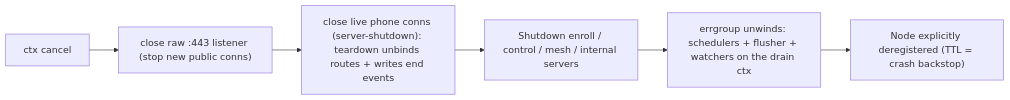
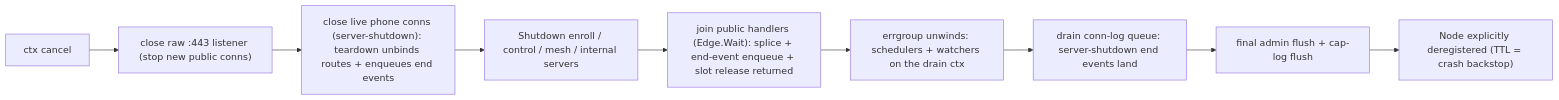
One commit to danielealbano/android-remote-control-mcp-tunneld changed the third of 3 diagrams in docs/ARCHITECTURE.md. Above: the diagram before and after it, drawn with Mermaid. The commit also changed other lines of this file and 3 other files, not shown here.

Commit message:
docs(docs): sync architecture, project, and rules with the remediation behavior

````diff
--- a/docs/ARCHITECTURE.md
+++ b/docs/ARCHITECTURE.md
@@ -164,8 +185,11 @@
 ```mermaid
 flowchart LR
   cancel["ctx cancel"] --> close["close raw :443 listener (stop new public conns)"]
-  close --> phones["close live phone conns (server-shutdown): teardown unbinds routes + writes end events"]
+  close --> phones["close live phone conns (server-shutdown): teardown unbinds routes + enqueues end events"]
   phones --> drain["Shutdown enroll / control / mesh / internal servers"]
-  drain --> group["errgroup unwinds: schedulers + flusher + watchers on the drain ctx"]
-  group --> dereg["Node explicitly deregistered (TTL = crash backstop)"]
+  drain --> join["join public handlers (Edge.Wait): splice + end-event enqueue + slot release returned"]
+  join --> group["errgroup unwinds: schedulers + watchers on the drain ctx"]
+  group --> queue["drain conn-log queue: server-shutdown end events land"]
+  queue --> flush["final admin flush + cap-log flush"]
+  flush --> dereg["Node explicitly deregistered (TTL = crash backstop)"]
 ```
````
